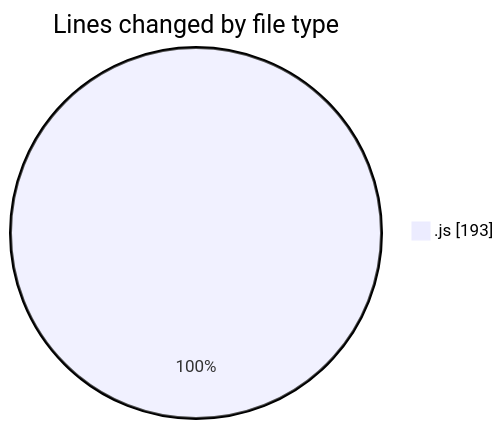
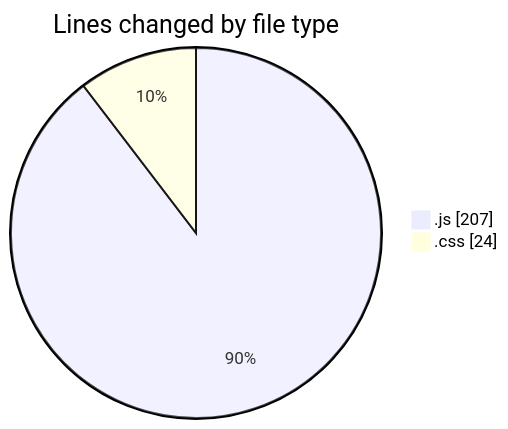
Before and after one commit to Ritupan-Deka/code-tracking: the first of 2 diagrams in 2025-07-20/reactphpmysql/README.md, drawn with Mermaid. The commit also changed other lines of this file and 1 other file, not shown here.

````diff
--- a/2025-07-20/reactphpmysql/README.md
+++ b/2025-07-20/reactphpmysql/README.md
@@ -24,5 +25,6 @@
 ```mermaid
 pie showData
 title Lines changed by file type
-".js" : 193
+".js" : 207
+".css" : 24
 ```
````
